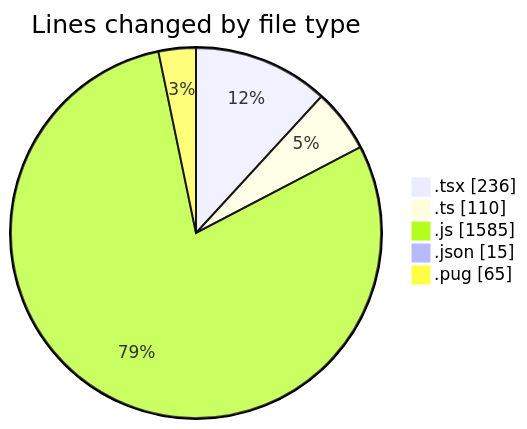
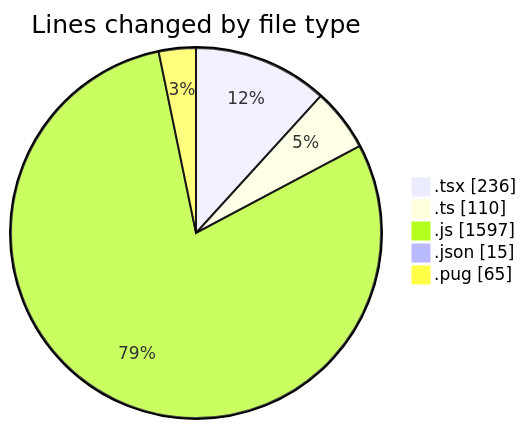
Before and after one commit to momahboobian/code-tracking: the first of 2 diagrams in 2025-03-24/cda/README.md, drawn with Mermaid. The commit also changed other lines of this file and 1 other file, not shown here.

````diff
--- a/2025-03-24/cda/README.md
+++ b/2025-03-24/cda/README.md
@@ -30,9 +30,9 @@
 ```mermaid
 pie showData
 title Lines changed by file type
 ".tsx" : 236
 ".ts" : 110
-".js" : 1585
+".js" : 1597
 ".json" : 15
 ".pug" : 65
 ```
````
